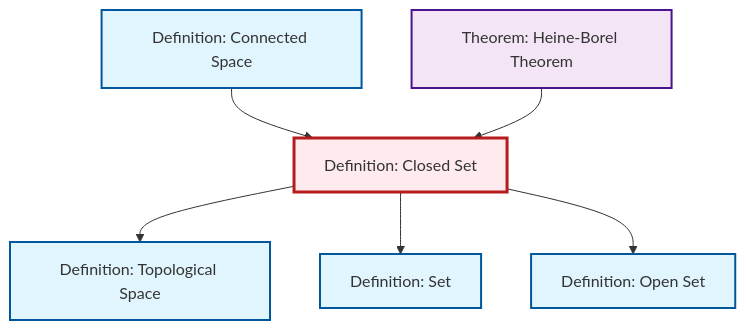
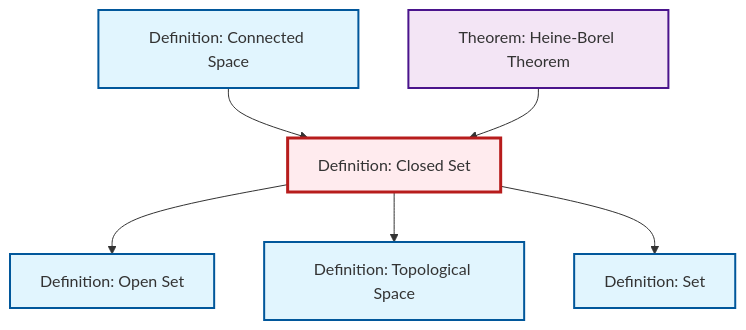
The diagram in output/mermaid/def-closed-set.mermaid (RK0429/ModernMath), drawn with Mermaid before and after one commit. The commit also changed other lines of this file and 151 other files, not shown here.

First line of the commit message:
feat: Complete Math Knowledge Graph Wiki MVP with interactive visualizations

````diff
--- a/output/mermaid/def-closed-set.mermaid
+++ b/output/mermaid/def-closed-set.mermaid
@@ -1,21 +1,21 @@
 ```{mermaid}
 %%| fig-cap: "Local dependency graph"
 graph TD
     classDef definition fill:#e1f5fe,stroke:#01579b,stroke-width:2px
     classDef theorem fill:#f3e5f5,stroke:#4a148c,stroke-width:2px
     classDef axiom fill:#fff3e0,stroke:#e65100,stroke-width:2px
     classDef example fill:#e8f5e9,stroke:#1b5e20,stroke-width:2px
     classDef current fill:#ffebee,stroke:#b71c1c,stroke-width:3px
+    def-set["Definition: Set"]:::definition
+    def-topological-space["Definition: Topological Space"]:::definition
+    def-connected["Definition: Connected Space"]:::definition
+    thm-heine-borel["Theorem: Heine-Borel Theorem"]:::theorem
     def-closed-set["Definition: Closed Set"]:::definition
-    def-connected["Definition: Connected Space"]:::definition
-    def-set["Definition: Set"]:::definition
-    thm-heine-borel["Theorem: Heine-Borel Theorem"]:::theorem
     def-open-set["Definition: Open Set"]:::definition
-    def-topological-space["Definition: Topological Space"]:::definition
+    def-closed-set --> def-open-set
     def-connected --> def-closed-set
-    thm-heine-borel --> def-closed-set
     def-closed-set --> def-topological-space
     def-closed-set --> def-set
-    def-closed-set --> def-open-set
+    thm-heine-borel --> def-closed-set
     class def-closed-set current
 ```
````
